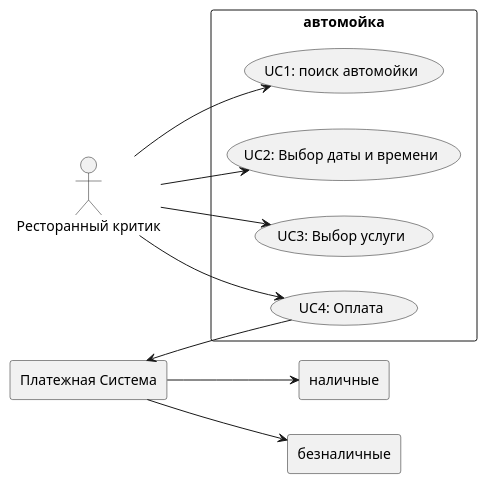
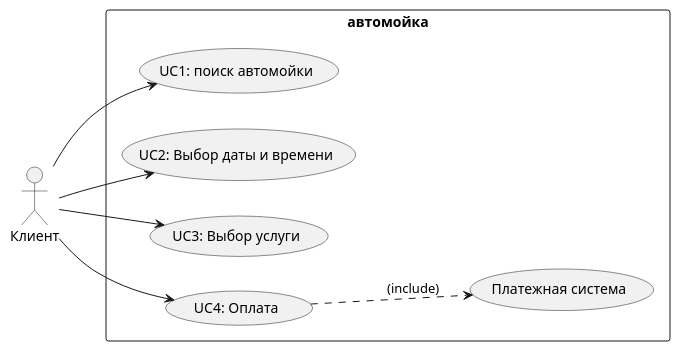
One commit to Ekvilan/car_washing changed the first of 2 diagrams in README.md. Above: the diagram before and after it, drawn with PlantUML. The commit also changed other lines of this file, not shown here.

```diff
--- a/README.md
+++ b/README.md
@@ -28,23 +28,20 @@
-                    @startuml
+                  @startuml
                 left to right direction
-                actor "Ресторанный критик" as fc
-                rectangle "Платежная Система" as ps
-                rectangle наличные as nal
-                rectangle безналичные as nonal
+                actor "Клиент" as fc
                 rectangle автомойка {
                   usecase "UC1: поиск автомойки" as UC1
                   usecase "UC2: Выбор даты и времени" as UC2
                   usecase "UC3: Выбор услуги" as UC3
                   usecase "UC4: Оплата" as UC4
+                  usecase "Платежная система" as US5
                 
                 }
                 
                 fc --> UC1
                 fc --> UC2
                 fc --> UC3
                 fc --> UC4
-                ps <-- UC4
-                ps --> nal
-                ps --> nonal
+                UC4 ..> US5:(include)
+
                 
                 @enduml
```
